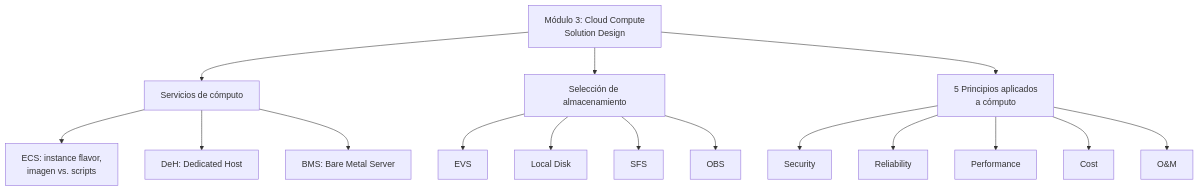
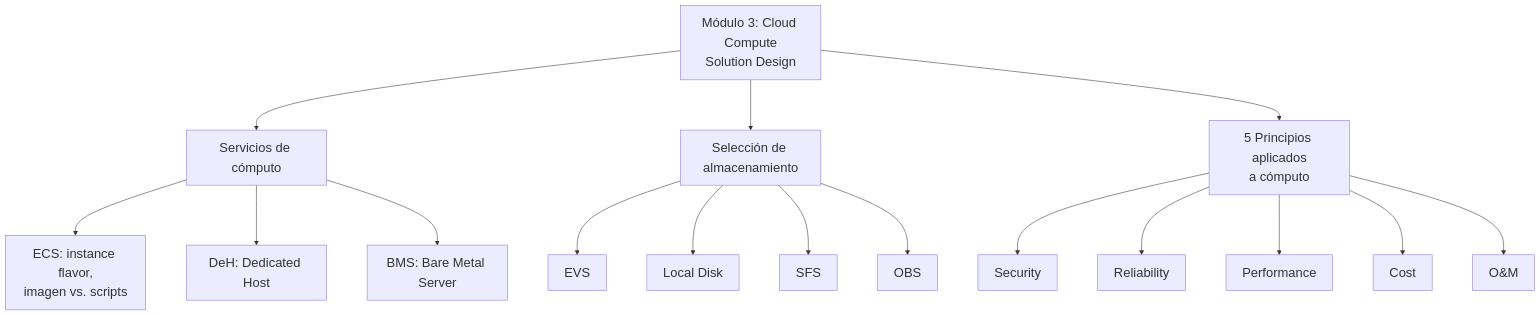
The third of 4 diagrams in curso/HCCDP_Architect.md (Lechuza22/CursoHuawei), drawn with Mermaid before and after one commit. The commit also changed other lines of this file, not shown here.

Commit message:
Agranda los mapas conceptuales Mermaid (~50%): fontSize y spacing mayores

````diff
--- a/curso/HCCDP_Architect.md
+++ b/curso/HCCDP_Architect.md
@@ -1409,19 +1411,20 @@
 ```mermaid
+%%{init: {"themeVariables": {"fontSize": "24px"}, "flowchart": {"useMaxWidth": false, "nodeSpacing": 75, "rankSpacing": 75}}}%%
 flowchart TD
     M3["Módulo 3: Cloud Compute<br/>Solution Design"]
     M3 --> A["Servicios de cómputo"]
     A --> A1["ECS: instance flavor,<br/>imagen vs. scripts"]
     A --> A2["DeH: Dedicated Host"]
     A --> A3["BMS: Bare Metal Server"]
     M3 --> B["Selección de almacenamiento"]
     B --> B1[EVS]
     B --> B2["Local Disk"]
     B --> B3[SFS]
     B --> B4[OBS]
     M3 --> C["5 Principios aplicados<br/>a cómputo"]
     C --> C1[Security]
     C --> C2[Reliability]
     C --> C3[Performance]
     C --> C4[Cost]
     C --> C5["O&M"]
 ```
````
